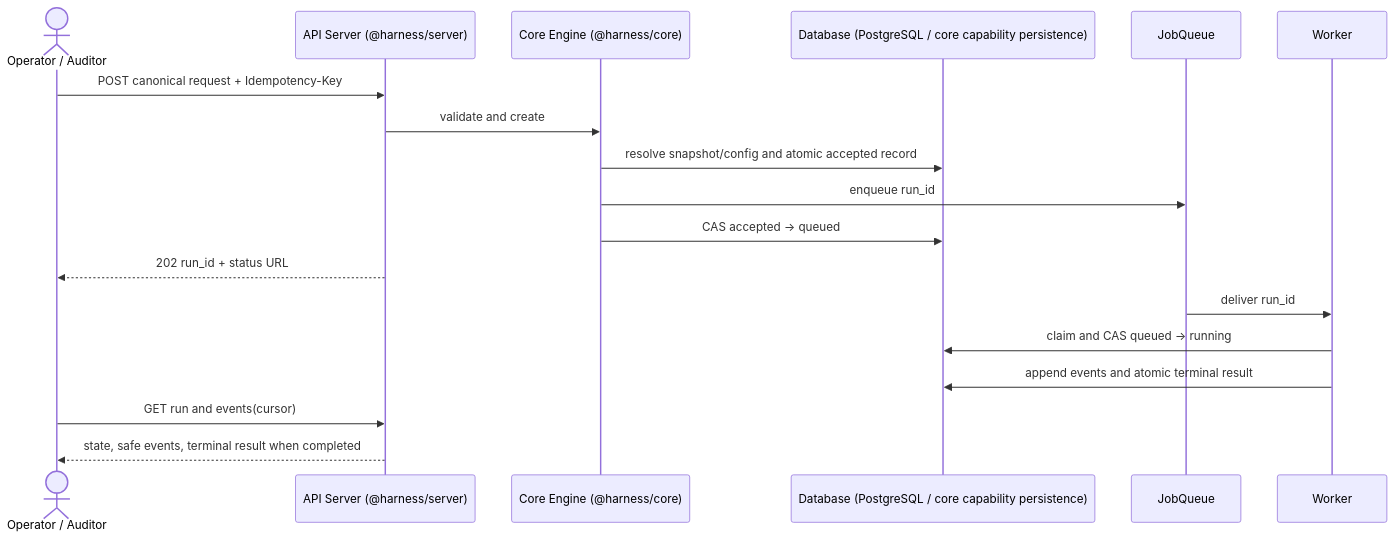
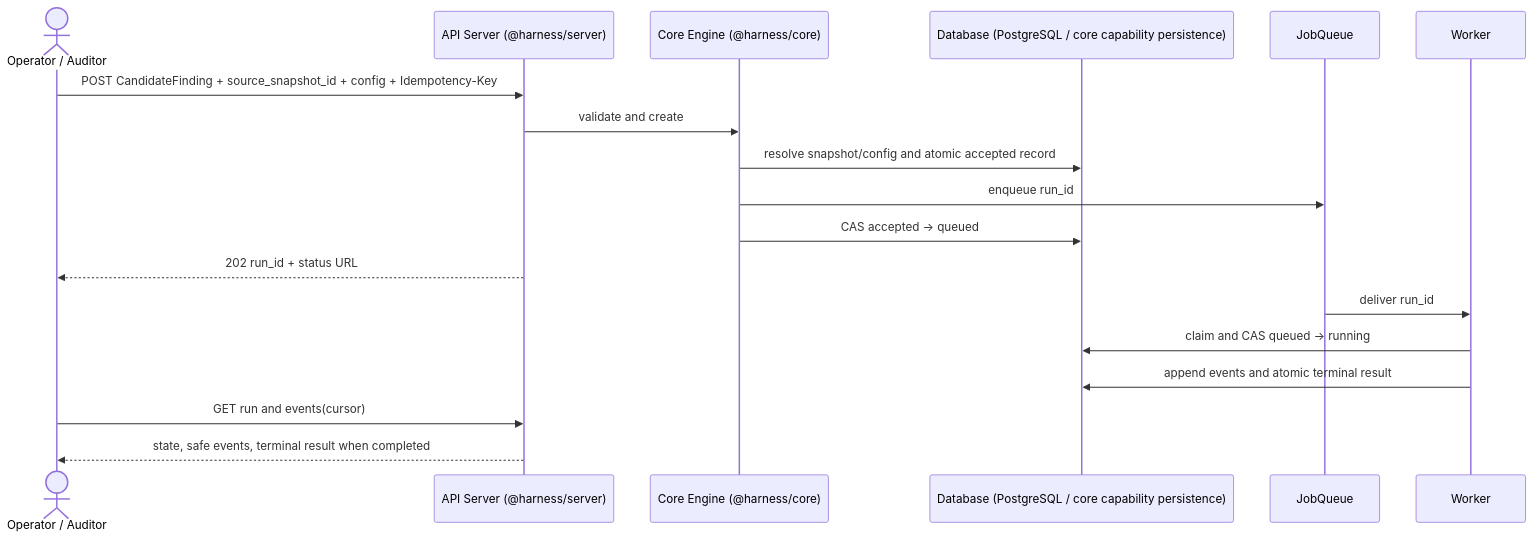
One commit to DATN-K23/harness changed the first of 7 diagrams in blueprint/architecture/sequences.md. Above: the diagram before and after it, drawn with Mermaid. The commit also changed other lines of this file, not shown here.

Commit message:
docs: clarify shared source and tool flows

````diff
--- a/blueprint/architecture/sequences.md
+++ b/blueprint/architecture/sequences.md
@@ -10,20 +22,20 @@
 ```mermaid
 sequenceDiagram
   actor U as Operator / Auditor
   participant API as API Server (@harness/server)
   participant APP as Core Engine (@harness/core)
   participant DB as Database (PostgreSQL / core capability persistence)
   participant Q as JobQueue
   participant W as Worker
-  U->>API: POST canonical request + Idempotency-Key
+  U->>API: POST CandidateFinding + source_snapshot_id + config + Idempotency-Key
   API->>APP: validate and create
   APP->>DB: resolve snapshot/config and atomic accepted record
   APP->>Q: enqueue run_id
   APP->>DB: CAS accepted -> queued
   API-->>U: 202 run_id + status URL
   Q->>W: deliver run_id
   W->>DB: claim and CAS queued -> running
   W->>DB: append events and atomic terminal result
   U->>API: GET run and events(cursor)
   API-->>U: state, safe events, terminal result when completed
 ```
````
